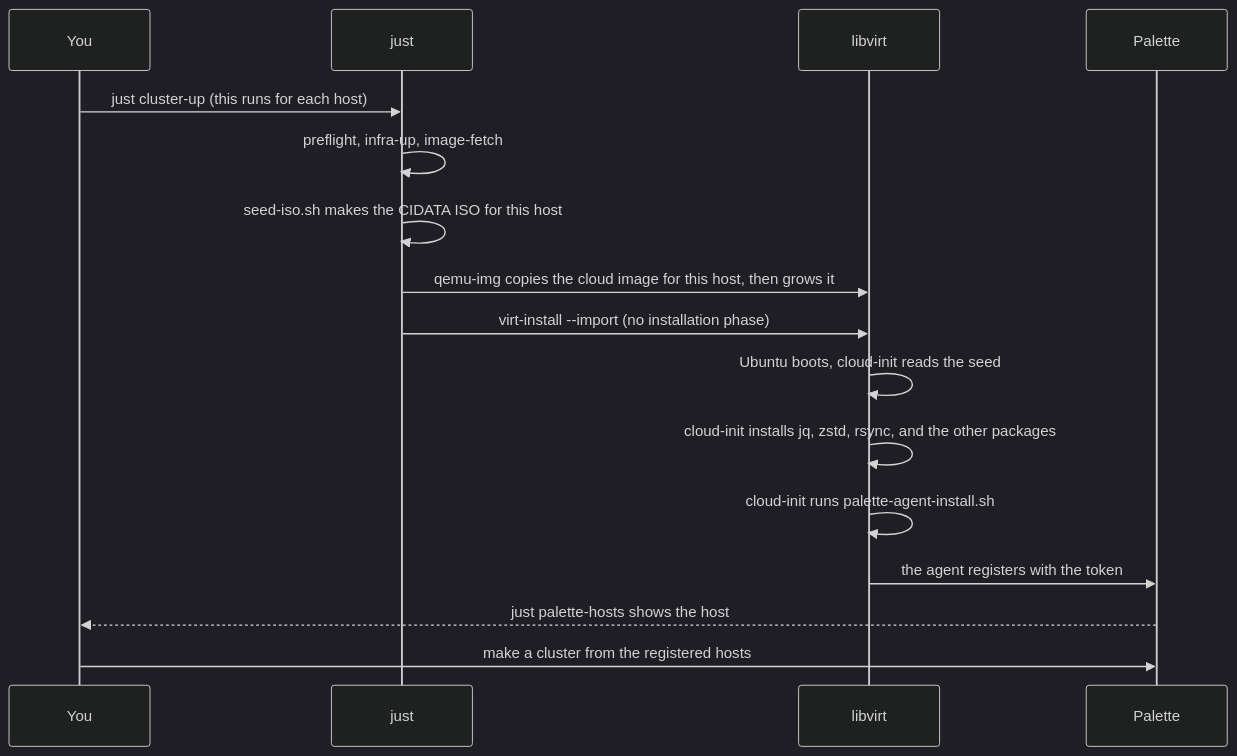
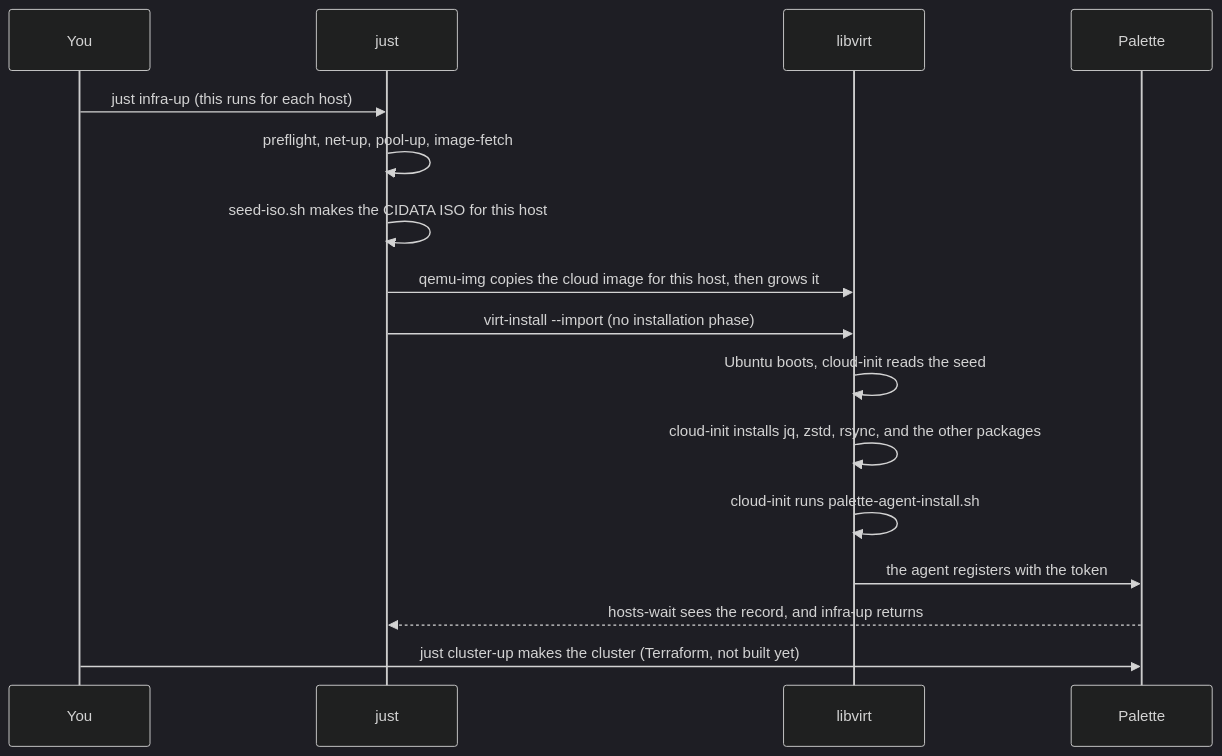
The second of 2 diagrams in docs/src/architecture.md (como-technologies/palette-edge-libvirt), drawn with Mermaid (dark theme) before and after one commit. The commit also changed other lines of this file and 51 other files, not shown here.

````diff
--- a/docs/src/architecture.md
+++ b/docs/src/architecture.md
@@ -61,19 +61,19 @@
 ```mermaid
 sequenceDiagram
     participant U as You
     participant J as just
     participant V as libvirt
     participant P as Palette
 
-    U->>J: just cluster-up (this runs for each host)
-    J->>J: preflight, infra-up, image-fetch
+    U->>J: just infra-up (this runs for each host)
+    J->>J: preflight, net-up, pool-up, image-fetch
     J->>J: seed-iso.sh makes the CIDATA ISO for this host
     J->>V: qemu-img copies the cloud image for this host, then grows it
     J->>V: virt-install --import (no installation phase)
     V->>V: Ubuntu boots, cloud-init reads the seed
     V->>V: cloud-init installs jq, zstd, rsync, and the other packages
     V->>V: cloud-init runs palette-agent-install.sh
     V->>P: the agent registers with the token
-    P-->>U: just palette-hosts shows the host
-    U->>P: make a cluster from the registered hosts
+    P-->>J: hosts-wait sees the record, and infra-up returns
+    U->>P: just cluster-up makes the cluster (Terraform, not built yet)
 ```
````
